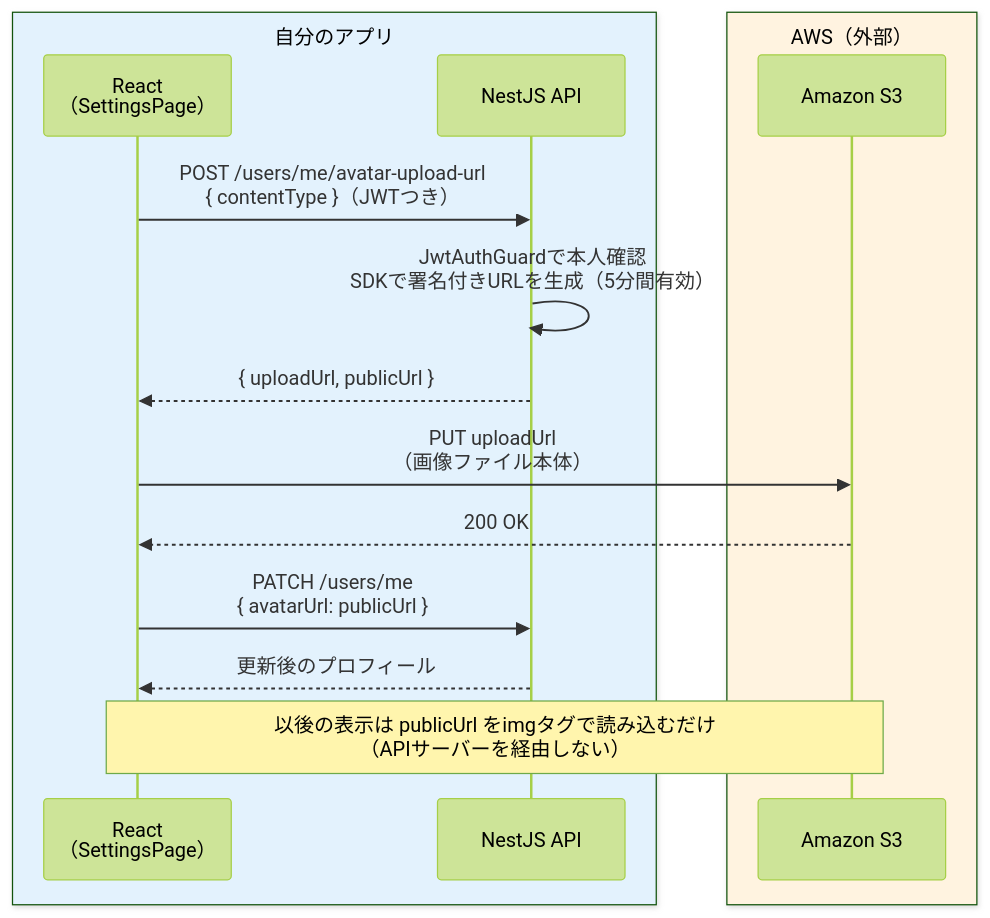
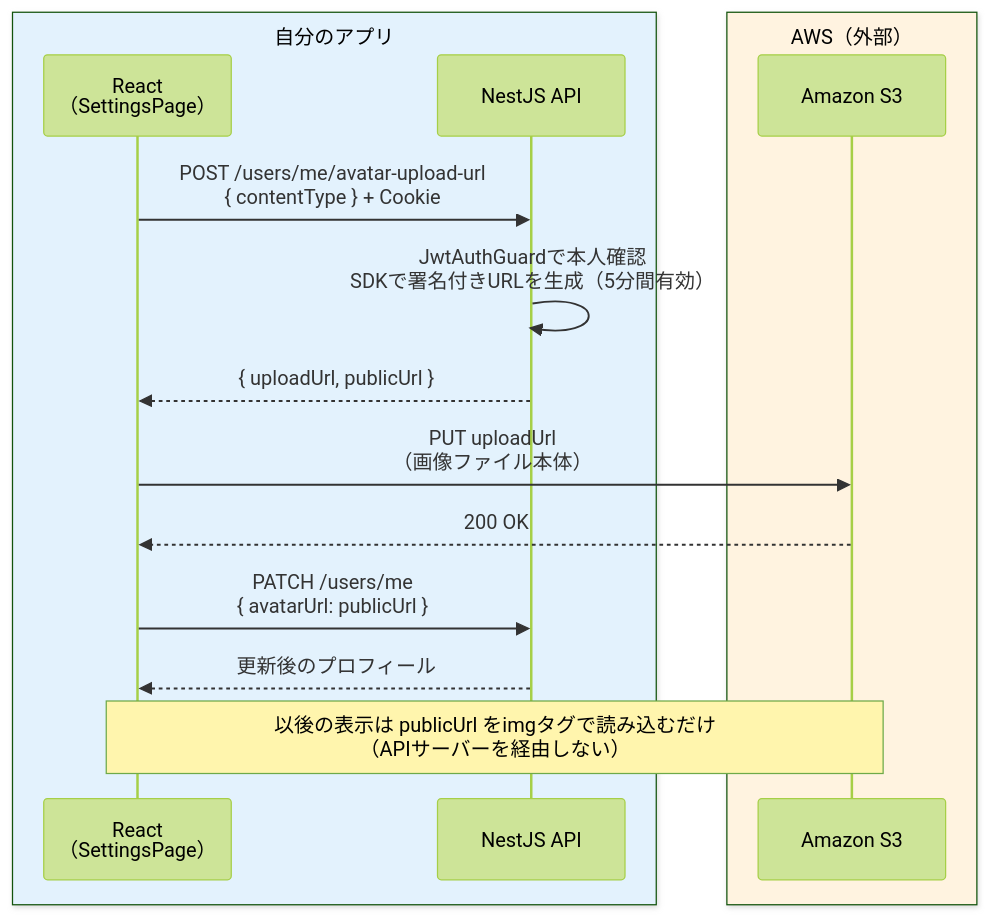
Before and after one commit to dik-ab/school-curriculum-platform: the second of 2 diagrams in cloudflare-site/src/content/docs/sns/nestjs/profile_and_images.md, drawn with Mermaid (forest theme). The commit also changed other lines of this file, not shown here.

Commit message:
docs: align sns profile with cookie auth

````diff
--- a/cloudflare-site/src/content/docs/sns/nestjs/profile_and_images.md
+++ b/cloudflare-site/src/content/docs/sns/nestjs/profile_and_images.md
@@ -192,18 +191,18 @@
 ```mermaid
 sequenceDiagram
     box rgb(227, 242, 253) 自分のアプリ
     participant R as React<br>（SettingsPage）
     participant A as NestJS API
     end
     box rgb(255, 243, 224) AWS（外部）
     participant S3 as Amazon S3
     end
-    R->>A: POST /users/me/avatar-upload-url<br>{ contentType }（JWTつき）
+    R->>A: POST /users/me/avatar-upload-url<br>{ contentType } + Cookie
     A->>A: JwtAuthGuardで本人確認<br>SDKで署名付きURLを生成（5分間有効）
     A-->>R: { uploadUrl, publicUrl }
     R->>S3: PUT uploadUrl<br>（画像ファイル本体）
     S3-->>R: 200 OK
     R->>A: PATCH /users/me<br>{ avatarUrl: publicUrl }
     A-->>R: 更新後のプロフィール
     Note over R,S3: 以後の表示は publicUrl をimgタグで読み込むだけ<br>（APIサーバーを経由しない）
 ```
````
